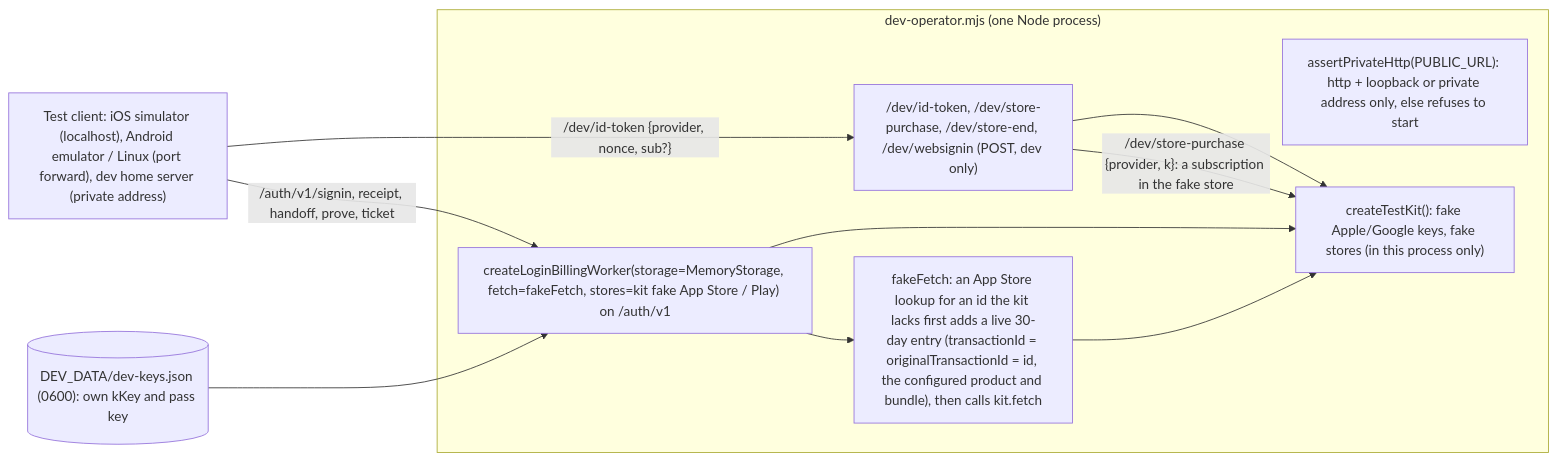
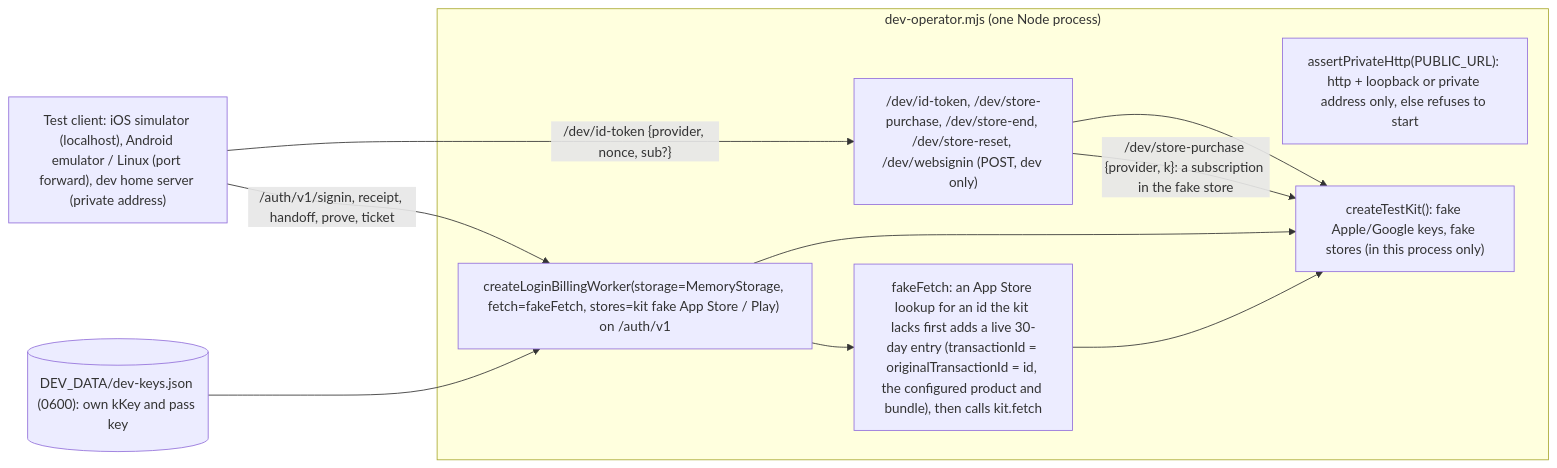
Before and after one commit to kitepon/BellTeam: the second of 2 diagrams in services/subscriptions/README.md, drawn with Mermaid. The commit also changed other lines of this file and 2 other files, not shown here.

Commit message:
a522: /dev/store-reset forgets the fake store records so StoreKit-test ids are fresh without a restart

````diff
--- a/services/subscriptions/README.md
+++ b/services/subscriptions/README.md
@@ -71,17 +71,17 @@
 ```mermaid
 flowchart LR
   Test["Test client: iOS simulator (localhost), Android emulator / Linux (port forward), dev home server (private address)"]
   subgraph D["dev-operator.mjs (one Node process)"]
     Gate["assertPrivateHttp(PUBLIC_URL): http + loopback or private address only, else refuses to start"]
-    Dev["/dev/id-token, /dev/store-purchase, /dev/store-end, /dev/websignin (POST, dev only)"]
+    Dev["/dev/id-token, /dev/store-purchase, /dev/store-end, /dev/store-reset, /dev/websignin (POST, dev only)"]
     Mount["createLoginBillingWorker(storage=MemoryStorage, fetch=fakeFetch, stores=kit fake App Store / Play) on /auth/v1"]
     Wrap["fakeFetch: an App Store lookup for an id the kit lacks first adds a live 30-day entry (transactionId = originalTransactionId = id, the configured product and bundle), then calls kit.fetch"]
     Kit["createTestKit(): fake Apple/Google keys, fake stores (in this process only)"]
   end
   Keys[("DEV_DATA/dev-keys.json (0600): own kKey and pass key")]
   Test -->|"/dev/id-token {provider, nonce, sub?}"| Dev --> Kit
   Test -->|"/auth/v1/signin, receipt, handoff, prove, ticket"| Mount --> Kit
   Dev -->|"/dev/store-purchase {provider, k}: a subscription in the fake store"| Kit
   Mount --> Wrap --> Kit
   Keys --> Mount
 ```
````
